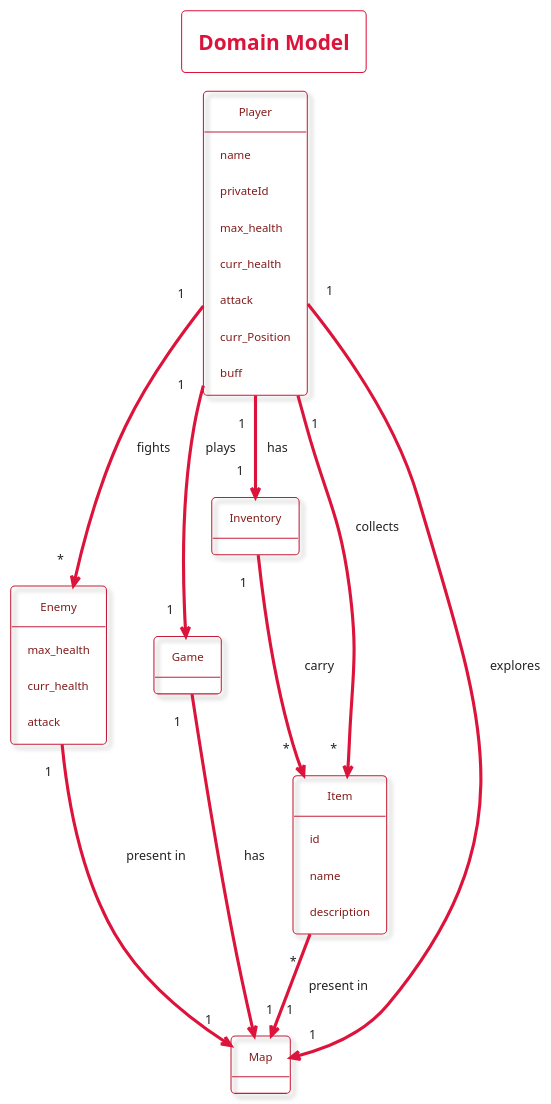
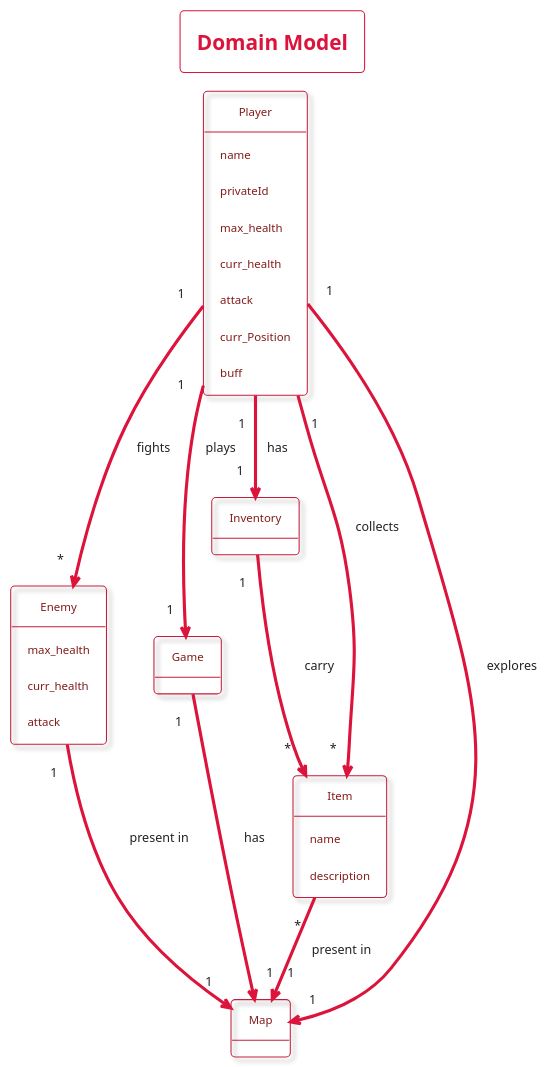
The diagram in docs/uml/DomainModel.plantuml (LimeiGuan/Text_Adventure_Game), drawn with PlantUML before and after one commit.

```diff
--- a/docs/uml/DomainModel.plantuml
+++ b/docs/uml/DomainModel.plantuml
@@ -1,58 +1,57 @@
 @startuml DomainModel
 
 !theme materia-outline
 
 skinparam ArrowColor #DC143C
 skinparam BackgroundColor #FFFFFF
 
 skinparam ObjectBorderColor #C41E3A
 skinparam ObjectFontColor #831D1C
 
 skinparam titleBorderColor #DC143C
 skinparam titleFontColor #DC143C
 
 title Domain Model
 
 object Player {
   name
   privateId
   max_health
   curr_health
   attack
   curr_Position
   buff
   }
   
 object Enemy{
   max_health
   curr_health
   attack
   }
 
 object Game
 
 object Inventory
 
 object Item {
-  id
   name
   description
   }
 
 object Map {
 
   }
 
 
 Player "1" --> "1" Game: plays
 Player "1" --> "*" Enemy: fights
 Player "1" --> "1" Map: explores
 Player "1" --> "1" Inventory: has
 Player "1" --> "*" Item: collects
 
 Game "1" --> "1" Map: has
 Item "*" --> "1" Map: present in
 Inventory "1" --> "*" Item: carry
 Enemy "1" --> "1" Map: present in 
 
 @enduml
```
